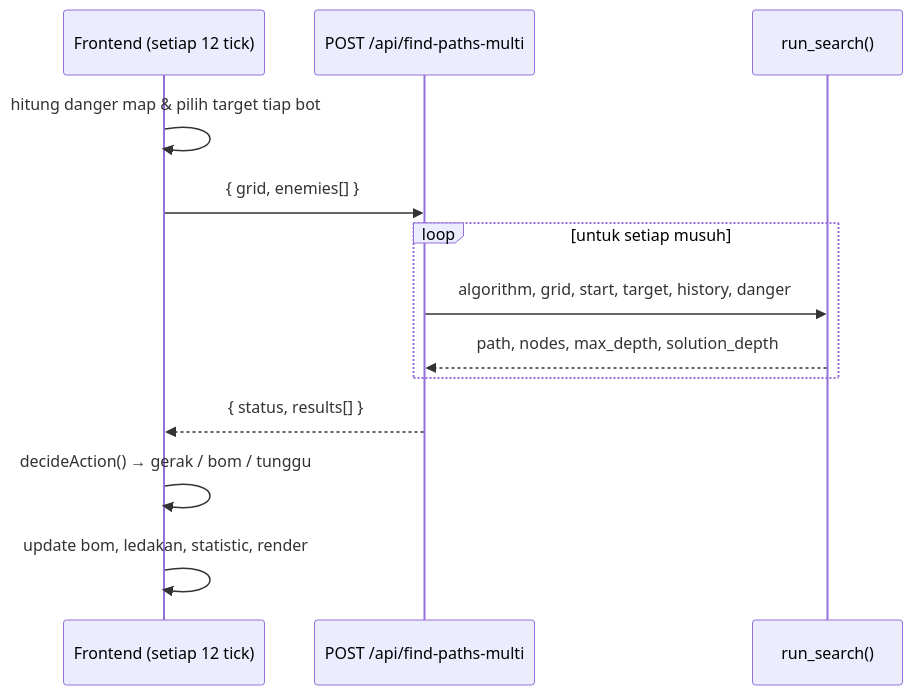
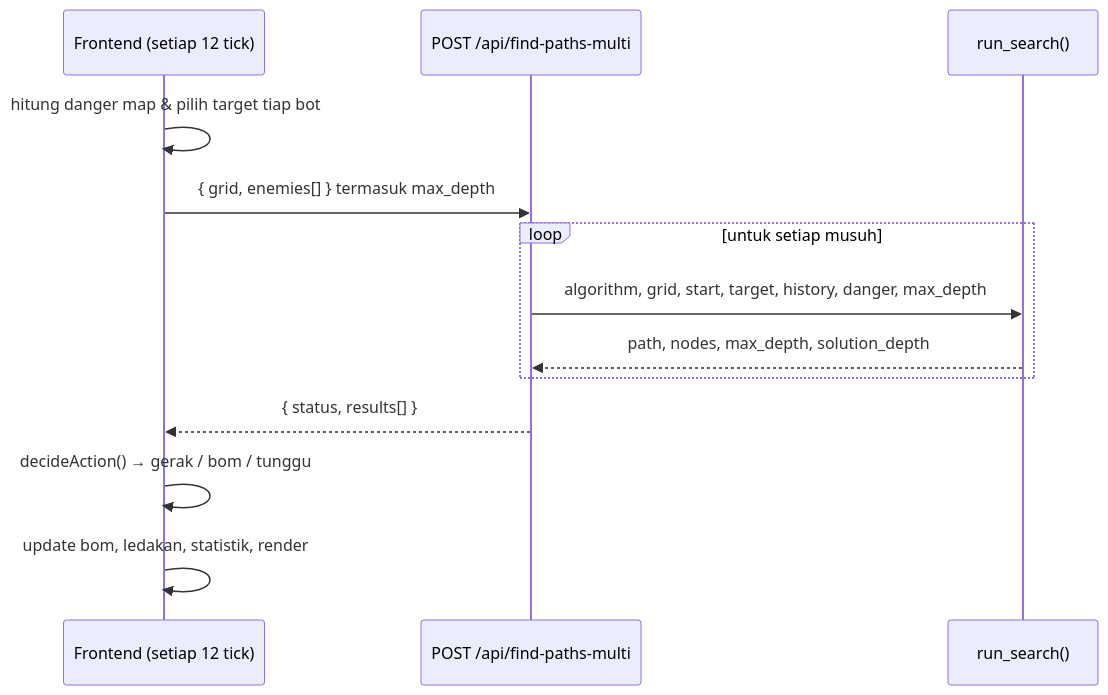
The second of 2 diagrams in docs/arsitektur.md (anindyariza/Bomberman-Pathfinding), drawn with Mermaid before and after one commit. The commit also changed other lines of this file and 5 other files, not shown here.

````diff
--- a/docs/arsitektur.md
+++ b/docs/arsitektur.md
@@ -27,15 +29,15 @@
 ```mermaid
 sequenceDiagram
     participant UI as Frontend (setiap 12 tick)
     participant API as POST /api/find-paths-multi
     participant ENG as run_search()
     UI->>UI: hitung danger map & pilih target tiap bot
-    UI->>API: { grid, enemies[] }
+    UI->>API: { grid, enemies[] } termasuk max_depth
     loop untuk setiap musuh
-        API->>ENG: algorithm, grid, start, target, history, danger
+        API->>ENG: algorithm, grid, start, target, history, danger, max_depth
         ENG-->>API: path, nodes, max_depth, solution_depth
     end
     API-->>UI: { status, results[] }
     UI->>UI: decideAction() → gerak / bom / tunggu
-    UI->>UI: update bom, ledakan, statistic, render
+    UI->>UI: update bom, ledakan, statistik, render
 ```
````
